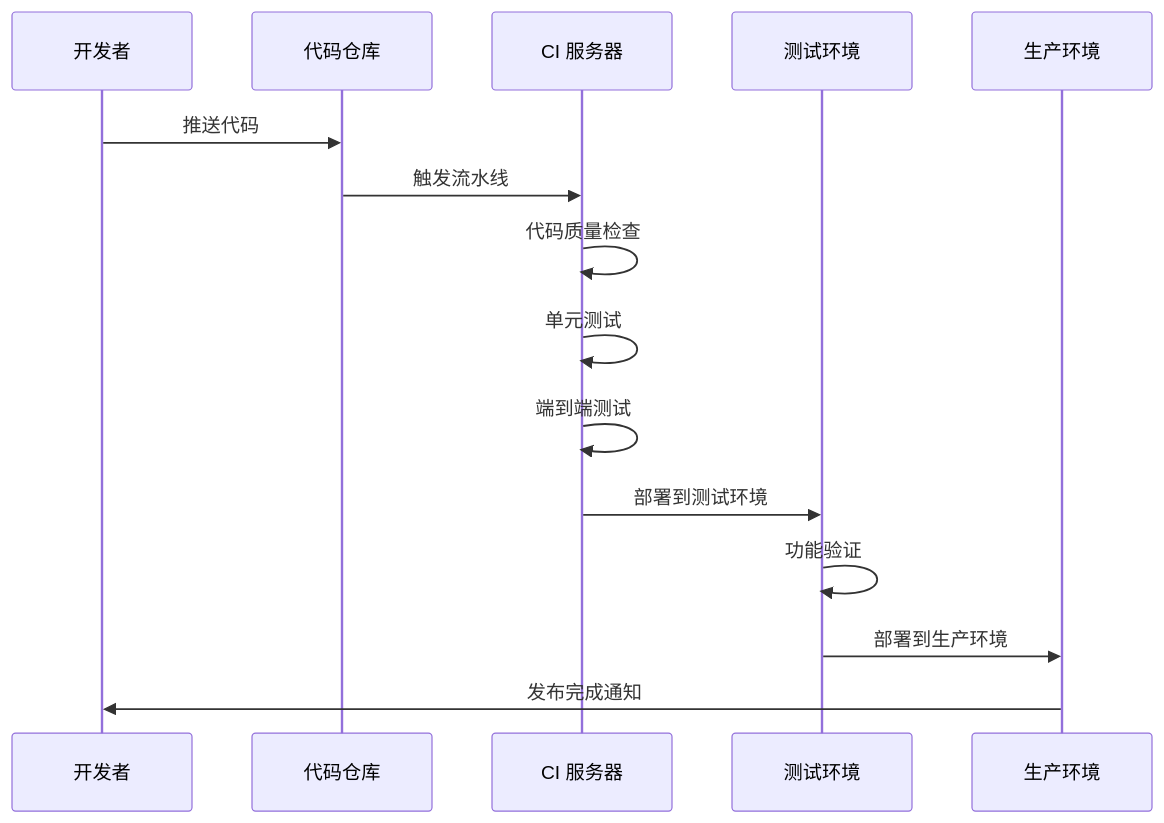
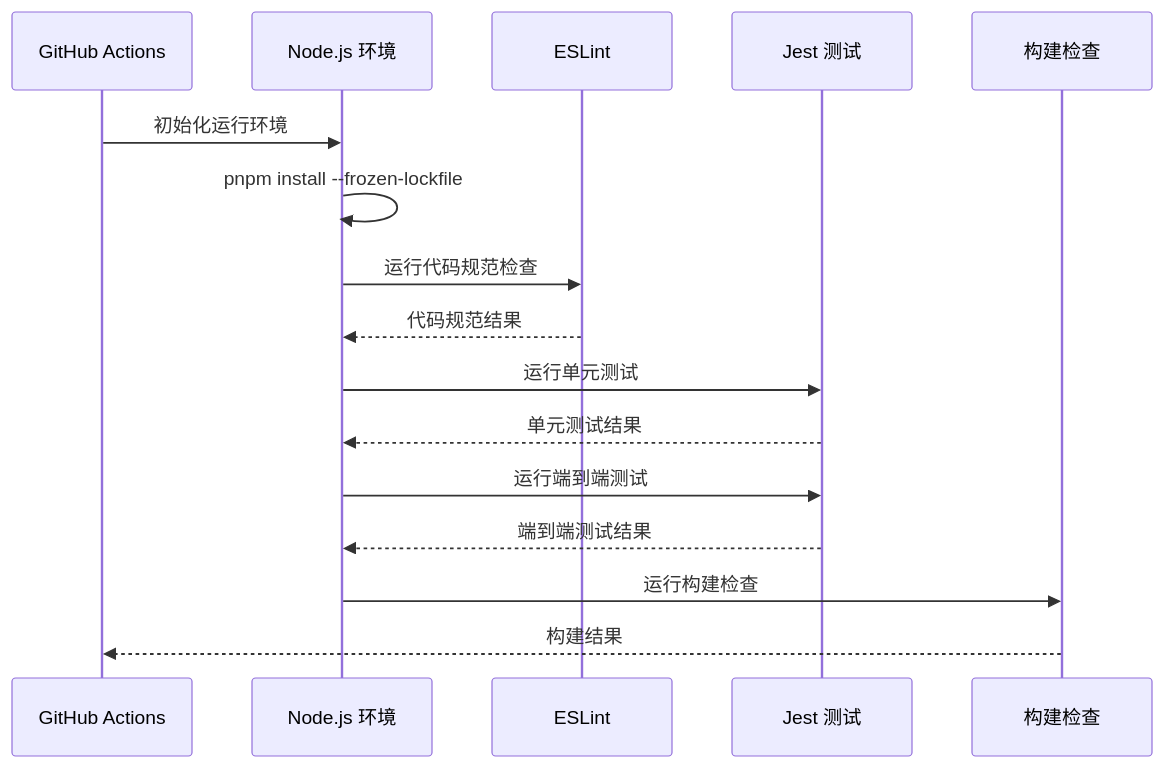
The second of 9 diagrams in .qoder/repowiki/zh/content/部署配置/CI_CD 流水线配置.md (rc558620/purelyprofit-server), drawn with Mermaid before and after one commit. The commit also changed other lines of this file and 65 other files, not shown here.

````diff
--- a/.qoder/repowiki/zh/content/部署配置/CI_CD 流水线配置.md
+++ b/.qoder/repowiki/zh/content/部署配置/CI_CD 流水线配置.md
@@ -120,17 +86,18 @@
 ```mermaid
 sequenceDiagram
-participant Dev as 开发者
-participant Repo as 代码仓库
-participant CI as CI 服务器
-participant Test as 测试环境
-participant Prod as 生产环境
-Dev->>Repo : 推送代码
-Repo->>CI : 触发流水线
-CI->>CI : 代码质量检查
-CI->>CI : 单元测试
-CI->>CI : 端到端测试
-CI->>Test : 部署到测试环境
-Test->>Test : 功能验证
-Test->>Prod : 部署到生产环境
-Prod->>Dev : 发布完成通知
+participant GitHub as GitHub Actions
+participant Node as Node.js 环境
+participant ESLint as ESLint
+participant Jest as Jest 测试
+participant Build as 构建检查
+GitHub->>Node : 初始化运行环境
+Node->>Node : pnpm install --frozen-lockfile
+Node->>ESLint : 运行代码规范检查
+ESLint-->>Node : 代码规范结果
+Node->>Jest : 运行单元测试
+Jest-->>Node : 单元测试结果
+Node->>Jest : 运行端到端测试
+Jest-->>Node : 端到端测试结果
+Node->>Build : 运行构建检查
+Build-->>GitHub : 构建结果
 ```
````
